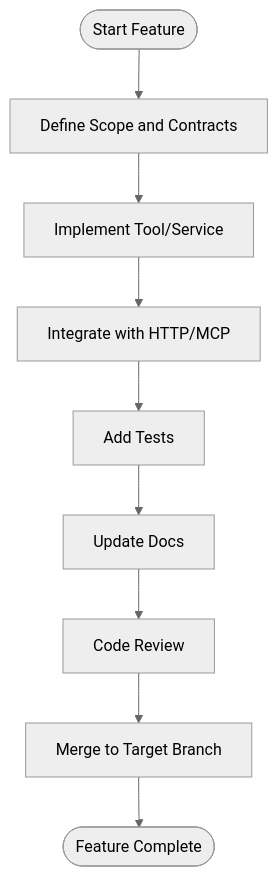
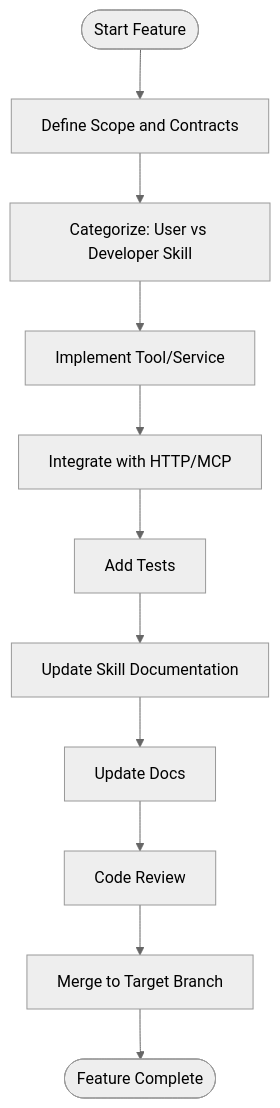
One commit to debian777/kairos-mcp changed the third of 3 diagrams in .qoder/repowiki/en/content/Contributing and Development.md. Above: the diagram before and after it, drawn with Mermaid (neutral theme). The commit also changed other lines of this file and 7 other files, not shown here.

````diff
--- a/.qoder/repowiki/en/content/Contributing and Development.md
+++ b/.qoder/repowiki/en/content/Contributing and Development.md
@@ -351,11 +446,13 @@
 ```mermaid
 flowchart TD
 Start(["Start Feature"]) --> Plan["Define Scope and Contracts"]
-Plan --> Implement["Implement Tool/Service"]
+Plan --> Categorize["Categorize: User vs Developer Skill"]
+Categorize --> Implement["Implement Tool/Service"]
 Implement --> Integrate["Integrate with HTTP/MCP"]
 Integrate --> Test["Add Tests"]
-Test --> Docs["Update Docs"]
+Test --> SkillsDoc["Update Skill Documentation"]
+SkillsDoc --> Docs["Update Docs"]
 Docs --> Review["Code Review"]
 Review --> Merge["Merge to Target Branch"]
 Merge --> End(["Feature Complete"])
 ```
````
